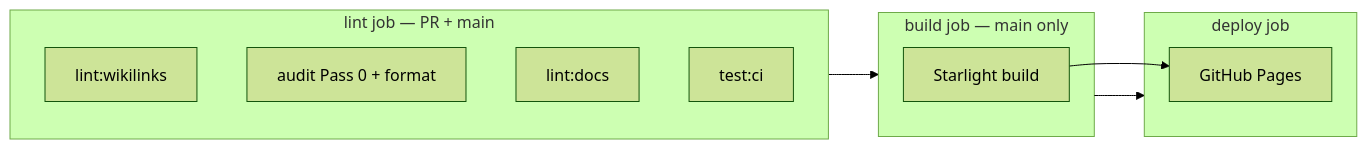
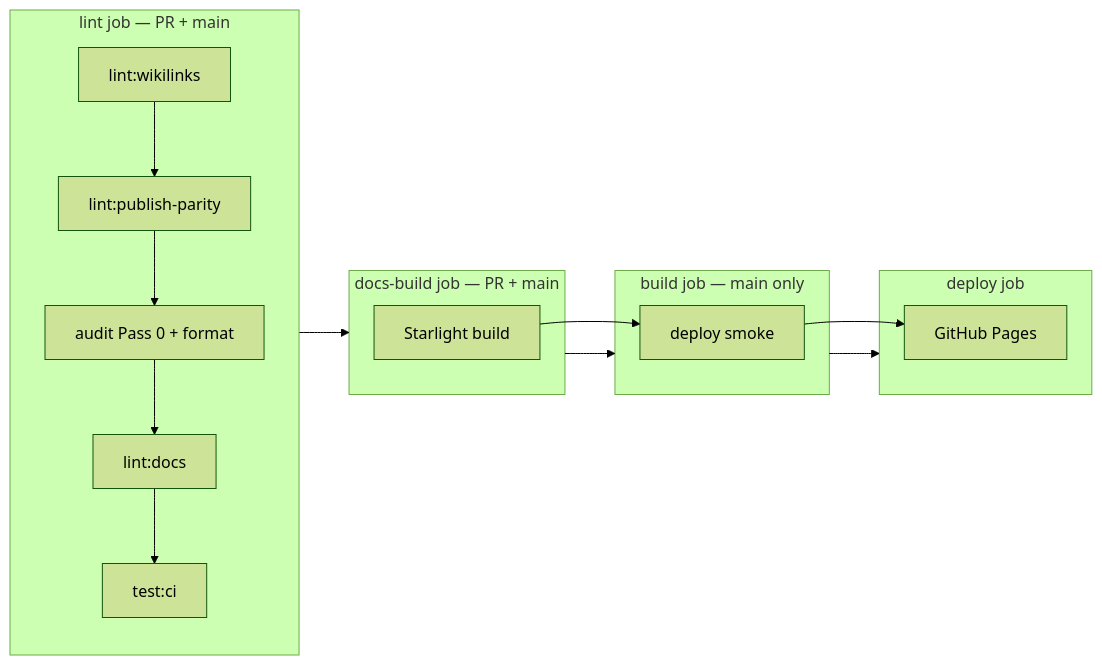
The diagram in docs/PIPELINE.md (LOsioChico/knowledge-base), drawn with Mermaid (forest theme) before and after one commit. The commit also changed other lines of this file and 5 other files, not shown here.

````diff
--- a/docs/PIPELINE.md
+++ b/docs/PIPELINE.md
@@ -7,18 +7,25 @@
 ```mermaid
 flowchart LR
   subgraph lint [lint job — PR + main]
     W[lint:wikilinks]
+    PP[lint:publish-parity]
     P0[audit Pass 0 + format]
     D[lint:docs]
     T[test:ci]
   end
-  subgraph build [build job — main only]
+  subgraph docsBuild [docs-build job — PR + main]
     S[Starlight build]
+  end
+  subgraph pagesBuild [build job — main only]
+    Smoke[deploy smoke]
   end
   subgraph deploy [deploy job]
     P[GitHub Pages]
   end
-  lint --> build
-  build --> deploy
-  S --> P
+  W --> PP --> P0 --> D --> T
+  lint --> docsBuild
+  docsBuild --> pagesBuild
+  pagesBuild --> deploy
+  S --> Smoke
+  Smoke --> P
 ```
````
